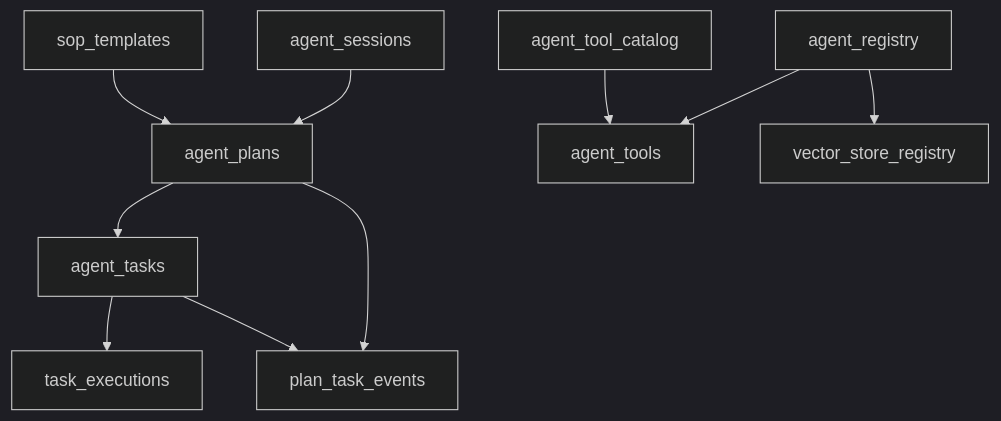
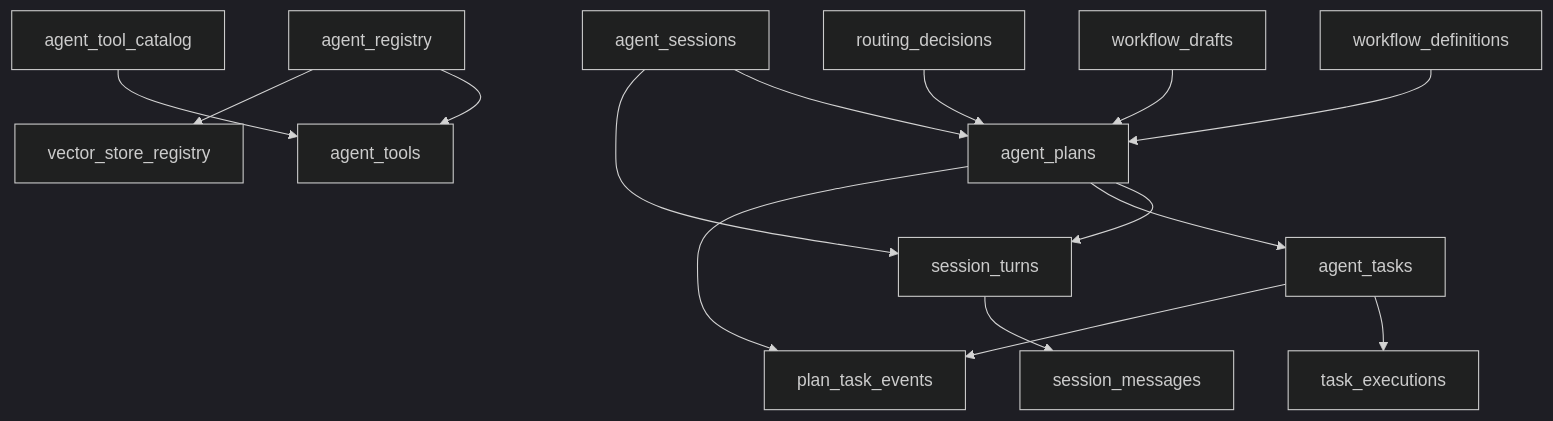
One commit to letmetocode/agent changed the first of 2 diagrams in docs/design/07-data-model-and-sql.md. Above: the diagram before and after it, drawn with Mermaid (dark theme). The commit also changed other lines of this file and 115 other files, not shown here.

````diff
--- a/docs/design/07-data-model-and-sql.md
+++ b/docs/design/07-data-model-and-sql.md
@@ -25,12 +47,17 @@
 ```mermaid
 flowchart TD
     S[agent_sessions] --> P[agent_plans]
-    T[sop_templates] --> P
+    S --> ST[session_turns]
+    ST --> SM[session_messages]
+    P --> ST
+    D[workflow_definitions] --> P
+    W[workflow_drafts] --> P
+    R[routing_decisions] --> P
     P --> K[agent_tasks]
     K --> E[task_executions]
     P --> EV[plan_task_events]
     K --> EV
-    R[agent_registry] --> AT[agent_tools]
+    R1[agent_registry] --> AT[agent_tools]
     C[agent_tool_catalog] --> AT
-    R --> VS[vector_store_registry]
+    R1 --> VS[vector_store_registry]
 ```
````
